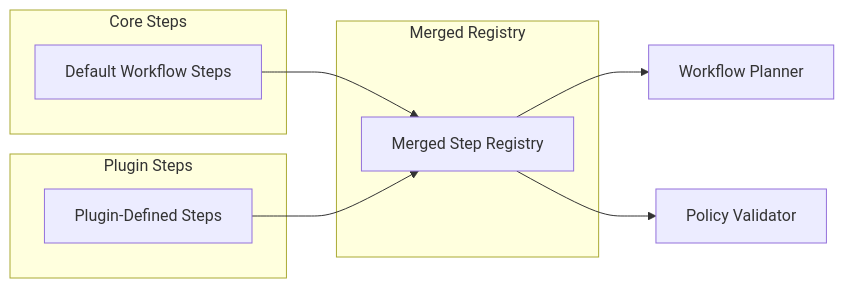
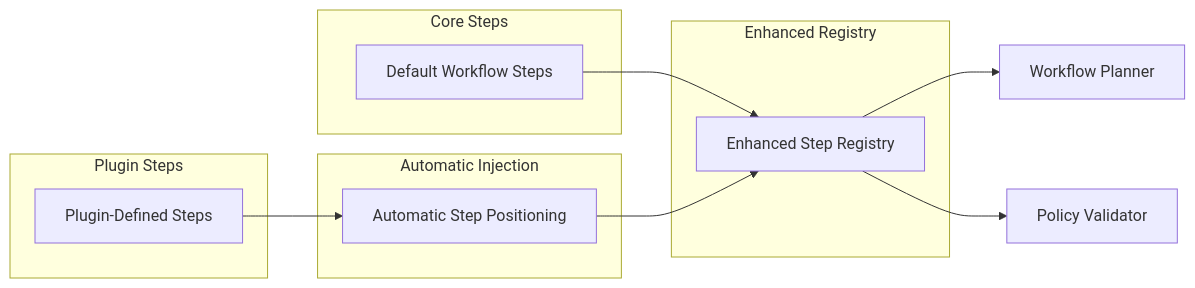
One commit to intellistream/sage-mate changed the sixth of 12 diagrams in .qoder/repowiki/en/content/Integration and Extensions/Capability Plugin System.md. Above: the diagram before and after it, drawn with Mermaid. The commit also changed other lines of this file and 136 other files, not shown here.

First line of the commit message:
chore: source updates, bidirectional link graph, data and repowiki refresh

````diff
--- a/.qoder/repowiki/en/content/Integration and Extensions/Capability Plugin System.md
+++ b/.qoder/repowiki/en/content/Integration and Extensions/Capability Plugin System.md
@@ -251,16 +351,20 @@
 ```mermaid
 graph LR
 subgraph "Core Steps"
 CoreSteps[Default Workflow Steps]
 end
 subgraph "Plugin Steps"
 PluginSteps[Plugin-Defined Steps]
 end
-subgraph "Merged Registry"
-MergedRegistry[Merged Step Registry]
+subgraph "Enhanced Registry"
+EnhancedRegistry[Enhanced Step Registry]
 end
-CoreSteps --> MergedRegistry
-PluginSteps --> MergedRegistry
-MergedRegistry --> Planner[Workflow Planner]
-MergedRegistry --> Policy[Policy Validator]
+subgraph "Automatic Injection"
+AutoInjection[Automatic Step Positioning]
+end
+CoreSteps --> EnhancedRegistry
+PluginSteps --> AutoInjection
+AutoInjection --> EnhancedRegistry
+EnhancedRegistry --> Planner[Workflow Planner]
+EnhancedRegistry --> Policy[Policy Validator]
 ```
````
